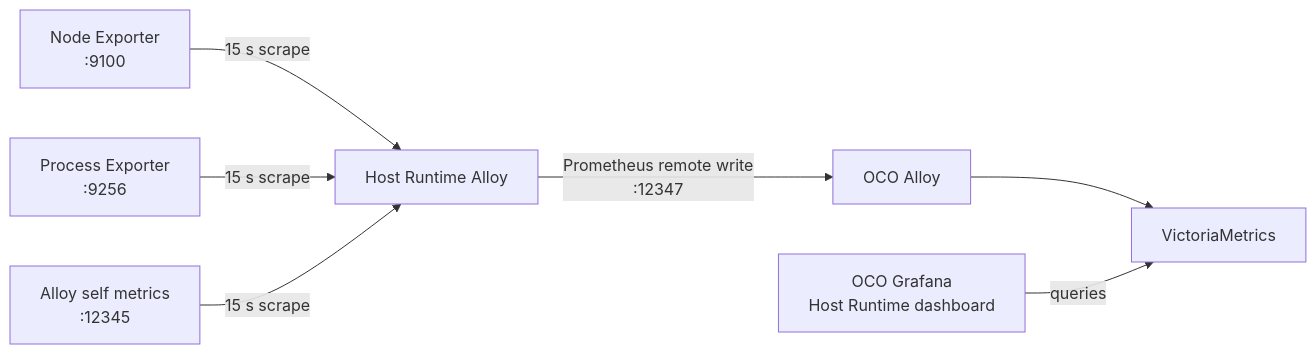
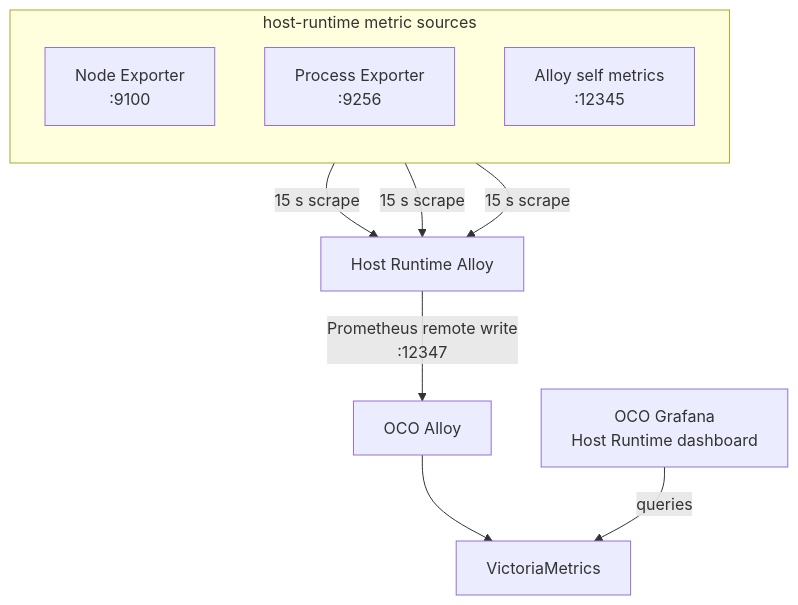
The diagram in docs/03_metrics.md (homel-dev/host-runtime), drawn with Mermaid before and after one commit. The commit also changed other lines of this file and 6 other files, not shown here.

```diff
--- a/docs/03_metrics.md
+++ b/docs/03_metrics.md
@@ -44,9 +46,16 @@
 ~~~mermaid
-flowchart LR
-    NE["Node Exporter<br/>:9100"] -->|15 s scrape| A["Host Runtime Alloy"]
-    PE["Process Exporter<br/>:9256"] -->|15 s scrape| A
-    AS["Alloy self metrics<br/>:12345"] -->|15 s scrape| A
+flowchart TB
+    subgraph SRC["host-runtime metric sources"]
+        direction TB
+        NE["Node Exporter<br/>:9100"]
+        PE["Process Exporter<br/>:9256"]
+        AS["Alloy self metrics<br/>:12345"]
+    end
+
+    NE -->|15 s scrape| A["Host Runtime Alloy"]
+    PE -->|15 s scrape| A
+    AS -->|15 s scrape| A
     A -->|Prometheus remote write<br/>:12347| OA["OCO Alloy"]
     OA --> VM["VictoriaMetrics"]
     G["OCO Grafana<br/>Host Runtime dashboard"] -->|queries| VM
 ~~~
```
